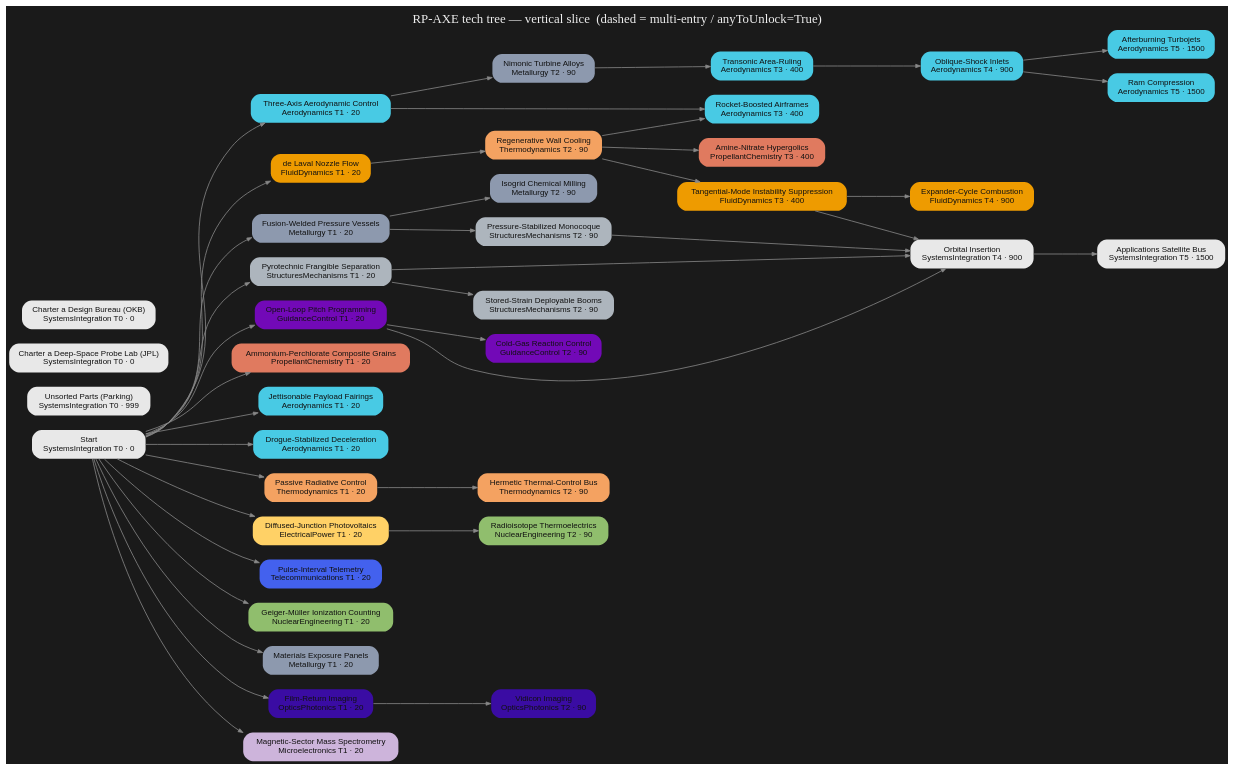
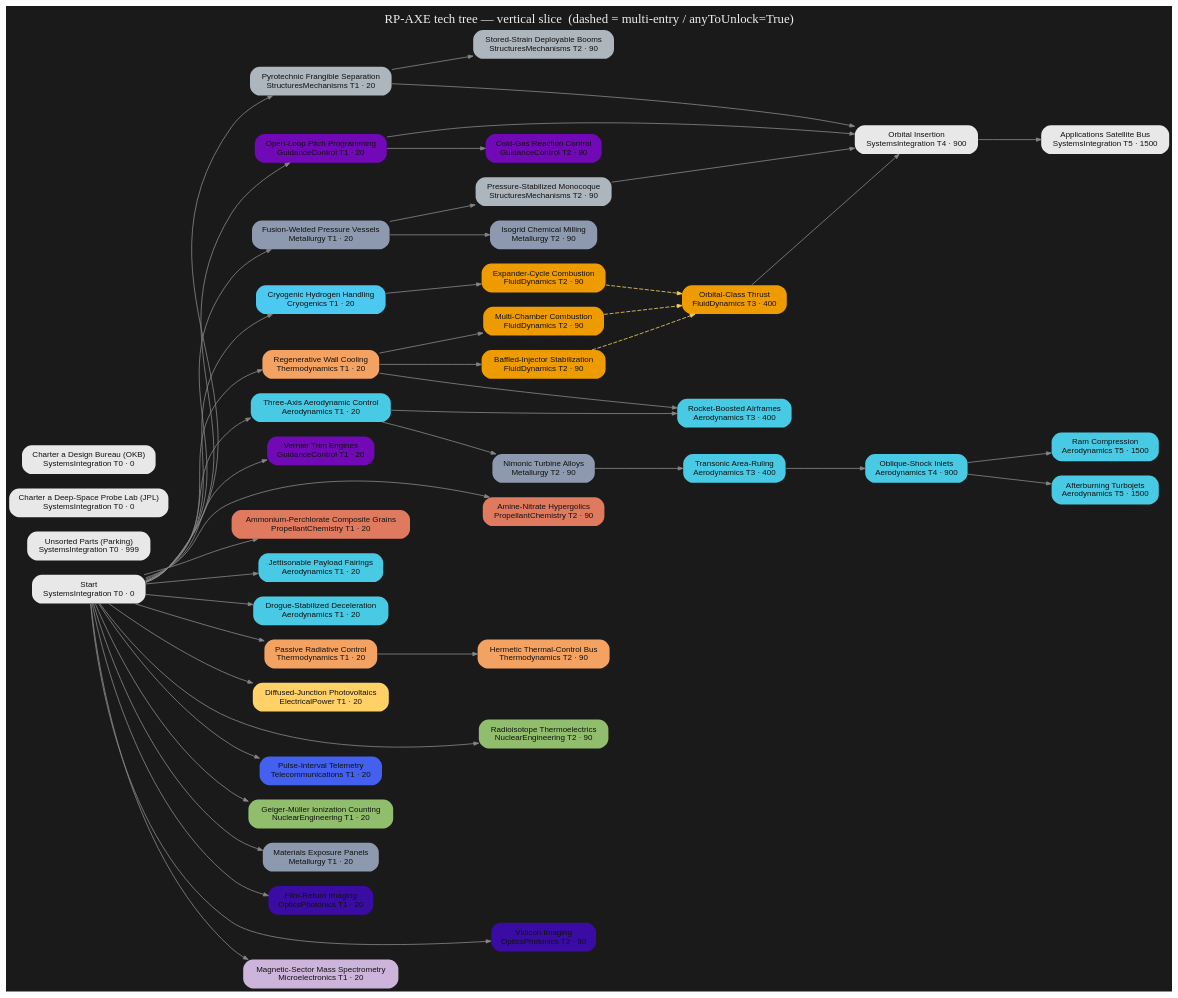
One commit to miskoltrans/RP-AXE changed the diagram in tree/render/axe-tree.dot. Above: the diagram before and after it, drawn with Graphviz. The commit also changed 5 other files, not shown here.

First line of the commit message:
tree: propulsion redesign — fold de Laval into start, two-solutions multi-entry, fix false edges

```diff
--- a/tree/render/axe-tree.dot
+++ b/tree/render/axe-tree.dot
@@ -1,89 +1,97 @@
 digraph AXE {
   rankdir=LR; bgcolor="#1a1a1a"; nodesep=0.25; ranksep=1.1;
   node[shape=box,style="filled,rounded",fontname="Helvetica",fontsize=10,color="#00000000"];
   edge[color="#888888",arrowsize=0.6];
   "start" [label="Start\nSystemsIntegration T0 · 0",fillcolor="#e8e8e8",fontcolor="#111111"];
   "parking" [label="Unsorted Parts (Parking)\nSystemsIntegration T0 · 999",fillcolor="#e8e8e8",fontcolor="#111111"];
   "hire_JPL" [label="Charter a Deep-Space Probe Lab (JPL)\nSystemsIntegration T0 · 0",fillcolor="#e8e8e8",fontcolor="#111111"];
   "hire_OKB" [label="Charter a Design Bureau (OKB)\nSystemsIntegration T0 · 0",fillcolor="#e8e8e8",fontcolor="#111111"];
-  "rocketryStart" [label="de Laval Nozzle Flow\nFluidDynamics T1 · 20",fillcolor="#ee9b00",fontcolor="#111111"];
-  "th_regenCooling" [label="Regenerative Wall Cooling\nThermodynamics T2 · 90",fillcolor="#f4a261",fontcolor="#111111"];
-  "fd_combustionStability" [label="Tangential-Mode Instability Suppression\nFluidDynamics T3 · 400",fillcolor="#ee9b00",fontcolor="#111111"];
-  "pc_hypergolics" [label="Amine-Nitrate Hypergolics\nPropellantChemistry T3 · 400",fillcolor="#e07a5f",fontcolor="#111111"];
-  "fd_expanderCycle" [label="Expander-Cycle Combustion\nFluidDynamics T4 · 900",fillcolor="#ee9b00",fontcolor="#111111"];
+  "th_regenCooling" [label="Regenerative Wall Cooling\nThermodynamics T1 · 20",fillcolor="#f4a261",fontcolor="#111111"];
+  "fd_multiChamber" [label="Multi-Chamber Combustion\nFluidDynamics T2 · 90",fillcolor="#ee9b00",fontcolor="#111111"];
+  "fd_baffledInjector" [label="Baffled-Injector Stabilization\nFluidDynamics T2 · 90",fillcolor="#ee9b00",fontcolor="#111111"];
+  "fd_verniers" [label="Vernier Trim Engines\nGuidanceControl T1 · 20",fillcolor="#7209b7",fontcolor="#111111"];
+  "pc_hypergolics" [label="Amine-Nitrate Hypergolics\nPropellantChemistry T2 · 90",fillcolor="#e07a5f",fontcolor="#111111"];
+  "cryo_hydrogen" [label="Cryogenic Hydrogen Handling\nCryogenics T1 · 20",fillcolor="#4cc9f0",fontcolor="#111111"];
+  "fd_expanderCycle" [label="Expander-Cycle Combustion\nFluidDynamics T2 · 90",fillcolor="#ee9b00",fontcolor="#111111"];
+  "fd_orbitalThrust" [label="Orbital-Class Thrust\nFluidDynamics T3 · 400",fillcolor="#ee9b00",fontcolor="#111111"];
   "pc_solidGrains" [label="Ammonium-Perchlorate Composite Grains\nPropellantChemistry T1 · 20",fillcolor="#e07a5f",fontcolor="#111111"];
   "met_weldedTank" [label="Fusion-Welded Pressure Vessels\nMetallurgy T1 · 20",fillcolor="#8d99ae",fontcolor="#111111"];
   "met_isogrid" [label="Isogrid Chemical Milling\nMetallurgy T2 · 90",fillcolor="#8d99ae",fontcolor="#111111"];
   "str_balloonTank" [label="Pressure-Stabilized Monocoque\nStructuresMechanisms T2 · 90",fillcolor="#adb5bd",fontcolor="#111111"];
   "str_staging" [label="Pyrotechnic Frangible Separation\nStructuresMechanisms T1 · 20",fillcolor="#adb5bd",fontcolor="#111111"];
   "gnc_pitchProgram" [label="Open-Loop Pitch Programming\nGuidanceControl T1 · 20",fillcolor="#7209b7",fontcolor="#111111"];
   "gnc_rcs" [label="Cold-Gas Reaction Control\nGuidanceControl T2 · 90",fillcolor="#7209b7",fontcolor="#111111"];
   "str_booms" [label="Stored-Strain Deployable Booms\nStructuresMechanisms T2 · 90",fillcolor="#adb5bd",fontcolor="#111111"];
   "aero_fairings" [label="Jettisonable Payload Fairings\nAerodynamics T1 · 20",fillcolor="#48cae4",fontcolor="#111111"];
   "aero_recovery" [label="Drogue-Stabilized Deceleration\nAerodynamics T1 · 20",fillcolor="#48cae4",fontcolor="#111111"];
   "th_radiativeControl" [label="Passive Radiative Control\nThermodynamics T1 · 20",fillcolor="#f4a261",fontcolor="#111111"];
   "th_hermeticBus" [label="Hermetic Thermal-Control Bus\nThermodynamics T2 · 90",fillcolor="#f4a261",fontcolor="#111111"];
   "elec_siliconPV" [label="Diffused-Junction Photovoltaics\nElectricalPower T1 · 20",fillcolor="#ffd166",fontcolor="#111111"];
   "nuc_rtg" [label="Radioisotope Thermoelectrics\nNuclearEngineering T2 · 90",fillcolor="#90be6d",fontcolor="#111111"];
   "tel_telemetry" [label="Pulse-Interval Telemetry\nTelecommunications T1 · 20",fillcolor="#4361ee",fontcolor="#111111"];
   "nuc_geiger" [label="Geiger-Müller Ionization Counting\nNuclearEngineering T1 · 20",fillcolor="#90be6d",fontcolor="#111111"];
   "met_exposurePanels" [label="Materials Exposure Panels\nMetallurgy T1 · 20",fillcolor="#8d99ae",fontcolor="#111111"];
   "opt_filmReturn" [label="Film-Return Imaging\nOpticsPhotonics T1 · 20",fillcolor="#3a0ca3",fontcolor="#111111"];
   "opt_vidicon" [label="Vidicon Imaging\nOpticsPhotonics T2 · 90",fillcolor="#3a0ca3",fontcolor="#111111"];
   "mic_massSpec" [label="Magnetic-Sector Mass Spectrometry\nMicroelectronics T1 · 20",fillcolor="#cdb4db",fontcolor="#111111"];
+  "int_orbitalInsertion" [label="Orbital Insertion\nSystemsIntegration T4 · 900",fillcolor="#e8e8e8",fontcolor="#111111"];
+  "int_applicationsSat" [label="Applications Satellite Bus\nSystemsIntegration T5 · 1500",fillcolor="#e8e8e8",fontcolor="#111111"];
   "xplaneStart" [label="Three-Axis Aerodynamic Control\nAerodynamics T1 · 20",fillcolor="#48cae4",fontcolor="#111111"];
   "met_turbineAlloys" [label="Nimonic Turbine Alloys\nMetallurgy T2 · 90",fillcolor="#8d99ae",fontcolor="#111111"];
   "aero_areaRule" [label="Transonic Area-Ruling\nAerodynamics T3 · 400",fillcolor="#48cae4",fontcolor="#111111"];
   "aero_shockInlets" [label="Oblique-Shock Inlets\nAerodynamics T4 · 900",fillcolor="#48cae4",fontcolor="#111111"];
   "aero_afterburner" [label="Afterburning Turbojets\nAerodynamics T5 · 1500",fillcolor="#48cae4",fontcolor="#111111"];
   "aero_ramjet" [label="Ram Compression\nAerodynamics T5 · 1500",fillcolor="#48cae4",fontcolor="#111111"];
   "aero_rocketplane" [label="Rocket-Boosted Airframes\nAerodynamics T3 · 400",fillcolor="#48cae4",fontcolor="#111111"];
-  "int_orbitalInsertion" [label="Orbital Insertion\nSystemsIntegration T4 · 900",fillcolor="#e8e8e8",fontcolor="#111111"];
-  "int_applicationsSat" [label="Applications Satellite Bus\nSystemsIntegration T5 · 1500",fillcolor="#e8e8e8",fontcolor="#111111"];
   { rank=same; "start" "parking" "hire_JPL" "hire_OKB" }
-  { rank=same; "rocketryStart" "pc_solidGrains" "met_weldedTank" "str_staging" "gnc_pitchProgram" "aero_fairings" "aero_recovery" "th_radiativeControl" "elec_siliconPV" "tel_telemetry" "nuc_geiger" "met_exposurePanels" "opt_filmReturn" "mic_massSpec" "xplaneStart" }
-  { rank=same; "th_regenCooling" "met_isogrid" "str_balloonTank" "gnc_rcs" "str_booms" "th_hermeticBus" "nuc_rtg" "opt_vidicon" "met_turbineAlloys" }
-  { rank=same; "fd_combustionStability" "pc_hypergolics" "aero_areaRule" "aero_rocketplane" }
-  { rank=same; "fd_expanderCycle" "aero_shockInlets" "int_orbitalInsertion" }
-  { rank=same; "aero_afterburner" "aero_ramjet" "int_applicationsSat" }
-  "start" -> "rocketryStart" [style=solid];
-  "rocketryStart" -> "th_regenCooling" [style=solid];
-  "th_regenCooling" -> "fd_combustionStability" [style=solid];
-  "th_regenCooling" -> "pc_hypergolics" [style=solid];
-  "fd_combustionStability" -> "fd_expanderCycle" [style=solid];
+  { rank=same; "th_regenCooling" "fd_verniers" "cryo_hydrogen" "pc_solidGrains" "met_weldedTank" "str_staging" "gnc_pitchProgram" "aero_fairings" "aero_recovery" "th_radiativeControl" "elec_siliconPV" "tel_telemetry" "nuc_geiger" "met_exposurePanels" "opt_filmReturn" "mic_massSpec" "xplaneStart" }
+  { rank=same; "fd_multiChamber" "fd_baffledInjector" "pc_hypergolics" "fd_expanderCycle" "met_isogrid" "str_balloonTank" "gnc_rcs" "str_booms" "th_hermeticBus" "nuc_rtg" "opt_vidicon" "met_turbineAlloys" }
+  { rank=same; "fd_orbitalThrust" "aero_areaRule" "aero_rocketplane" }
+  { rank=same; "int_orbitalInsertion" "aero_shockInlets" }
+  { rank=same; "int_applicationsSat" "aero_afterburner" "aero_ramjet" }
+  "start" -> "th_regenCooling" [style=solid];
+  "th_regenCooling" -> "fd_multiChamber" [style=solid];
+  "th_regenCooling" -> "fd_baffledInjector" [style=solid];
+  "start" -> "fd_verniers" [style=solid];
+  "start" -> "pc_hypergolics" [style=solid];
+  "start" -> "cryo_hydrogen" [style=solid];
+  "cryo_hydrogen" -> "fd_expanderCycle" [style=solid];
+  "fd_multiChamber" -> "fd_orbitalThrust" [style=dashed,color="#f4d35e"];
+  "fd_baffledInjector" -> "fd_orbitalThrust" [style=dashed,color="#f4d35e"];
+  "fd_expanderCycle" -> "fd_orbitalThrust" [style=dashed,color="#f4d35e"];
   "start" -> "pc_solidGrains" [style=solid];
   "start" -> "met_weldedTank" [style=solid];
   "met_weldedTank" -> "met_isogrid" [style=solid];
   "met_weldedTank" -> "str_balloonTank" [style=solid];
   "start" -> "str_staging" [style=solid];
   "start" -> "gnc_pitchProgram" [style=solid];
   "gnc_pitchProgram" -> "gnc_rcs" [style=solid];
   "str_staging" -> "str_booms" [style=solid];
   "start" -> "aero_fairings" [style=solid];
   "start" -> "aero_recovery" [style=solid];
   "start" -> "th_radiativeControl" [style=solid];
   "th_radiativeControl" -> "th_hermeticBus" [style=solid];
   "start" -> "elec_siliconPV" [style=solid];
-  "elec_siliconPV" -> "nuc_rtg" [style=solid];
+  "start" -> "nuc_rtg" [style=solid];
   "start" -> "tel_telemetry" [style=solid];
   "start" -> "nuc_geiger" [style=solid];
   "start" -> "met_exposurePanels" [style=solid];
   "start" -> "opt_filmReturn" [style=solid];
-  "opt_filmReturn" -> "opt_vidicon" [style=solid];
+  "start" -> "opt_vidicon" [style=solid];
   "start" -> "mic_massSpec" [style=solid];
+  "fd_orbitalThrust" -> "int_orbitalInsertion" [style=solid];
+  "str_balloonTank" -> "int_orbitalInsertion" [style=solid];
+  "str_staging" -> "int_orbitalInsertion" [style=solid];
+  "gnc_pitchProgram" -> "int_orbitalInsertion" [style=solid];
+  "int_orbitalInsertion" -> "int_applicationsSat" [style=solid];
   "start" -> "xplaneStart" [style=solid];
   "xplaneStart" -> "met_turbineAlloys" [style=solid];
   "met_turbineAlloys" -> "aero_areaRule" [style=solid];
   "aero_areaRule" -> "aero_shockInlets" [style=solid];
   "aero_shockInlets" -> "aero_afterburner" [style=solid];
   "aero_shockInlets" -> "aero_ramjet" [style=solid];
   "xplaneStart" -> "aero_rocketplane" [style=solid];
   "th_regenCooling" -> "aero_rocketplane" [style=solid];
-  "fd_combustionStability" -> "int_orbitalInsertion" [style=solid];
-  "str_balloonTank" -> "int_orbitalInsertion" [style=solid];
-  "str_staging" -> "int_orbitalInsertion" [style=solid];
-  "gnc_pitchProgram" -> "int_orbitalInsertion" [style=solid];
-  "int_orbitalInsertion" -> "int_applicationsSat" [style=solid];
   labelloc="t"; fontcolor="#eeeeee"; fontsize=16;
   label="RP-AXE tech tree — vertical slice  (dashed = multi-entry / anyToUnlock=True)";
 }
```
